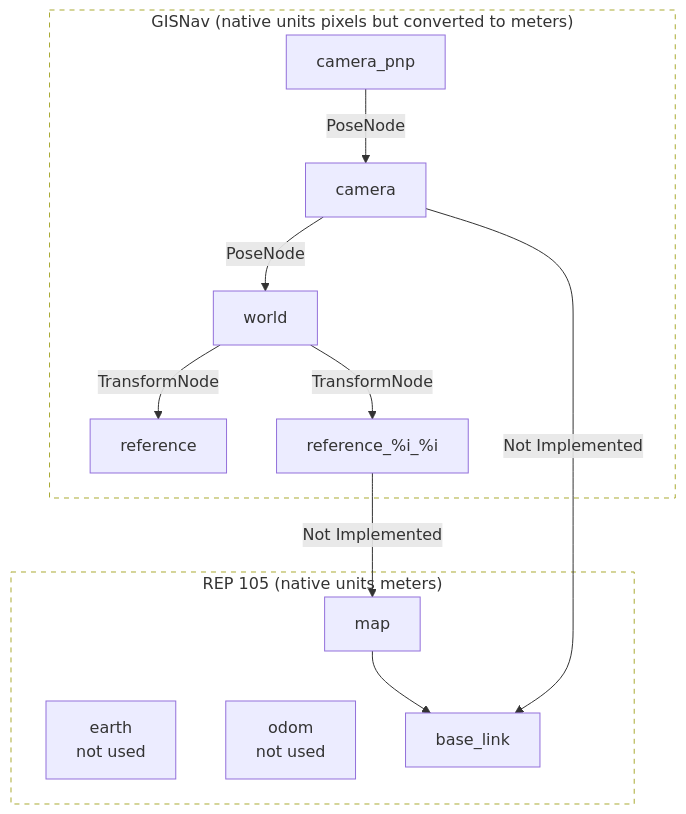
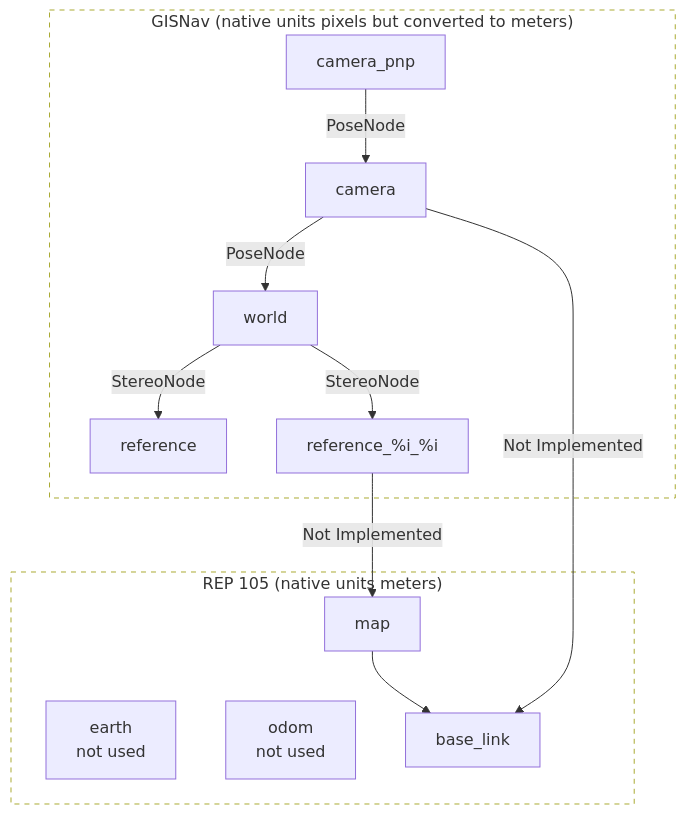
One commit to hmakelin/gisnav changed the second of 2 diagrams in docs/pages/developer_guide/integration/ros_messaging.rst. Above: the diagram before and after it, drawn with Mermaid. The commit also changed other lines of this file and 14 other files, not shown here.

```diff
--- a/docs/pages/developer_guide/integration/ros_messaging.rst
+++ b/docs/pages/developer_guide/integration/ros_messaging.rst
@@ -53,25 +54,25 @@
 .. mermaid::
     :caption: ROS frames
 
     graph TB
         subgraph rep["REP 105 (native units meters)"]
             earth["earth\nnot used"]
             odom["odom\nnot used"]
             map1["map"] --> base_link
         end
 
         subgraph gisnav["GISNav (native units pixels but converted to meters)"]
             camera_pinhole["camera_pnp"] -->|"PoseNode"| camera
             camera -->|"PoseNode"| world
             camera -->|"Not Implemented"| base_link
 
-            world -->|"TransformNode"| reference
-            world -->|"TransformNode"| reference_ts
+            world -->|"StereoNode"| reference
+            world -->|"StereoNode"| reference_ts
 
             reference
             reference_ts["reference_%i_%i"]
             reference_ts -->|"Not Implemented"| map1
         end
 
         classDef dotted fill:transparent,stroke-dasharray:5 5;
         class rep,gisnav dotted
```
